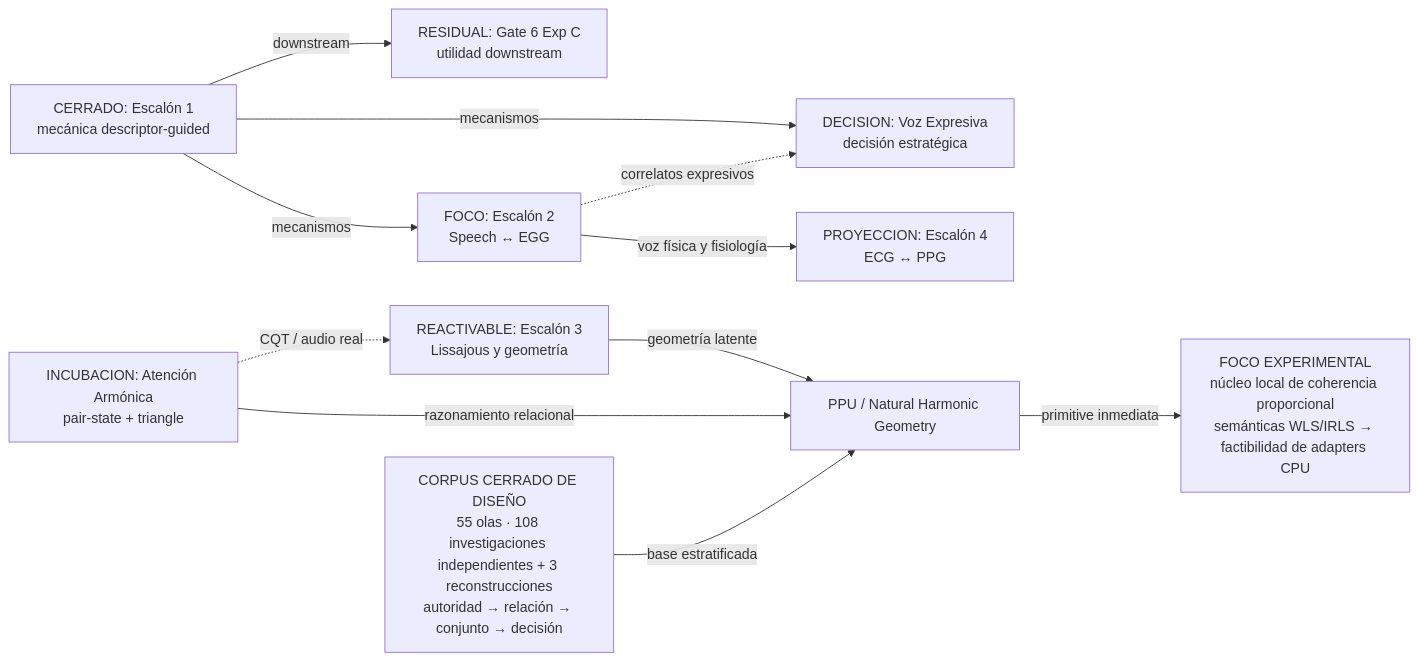
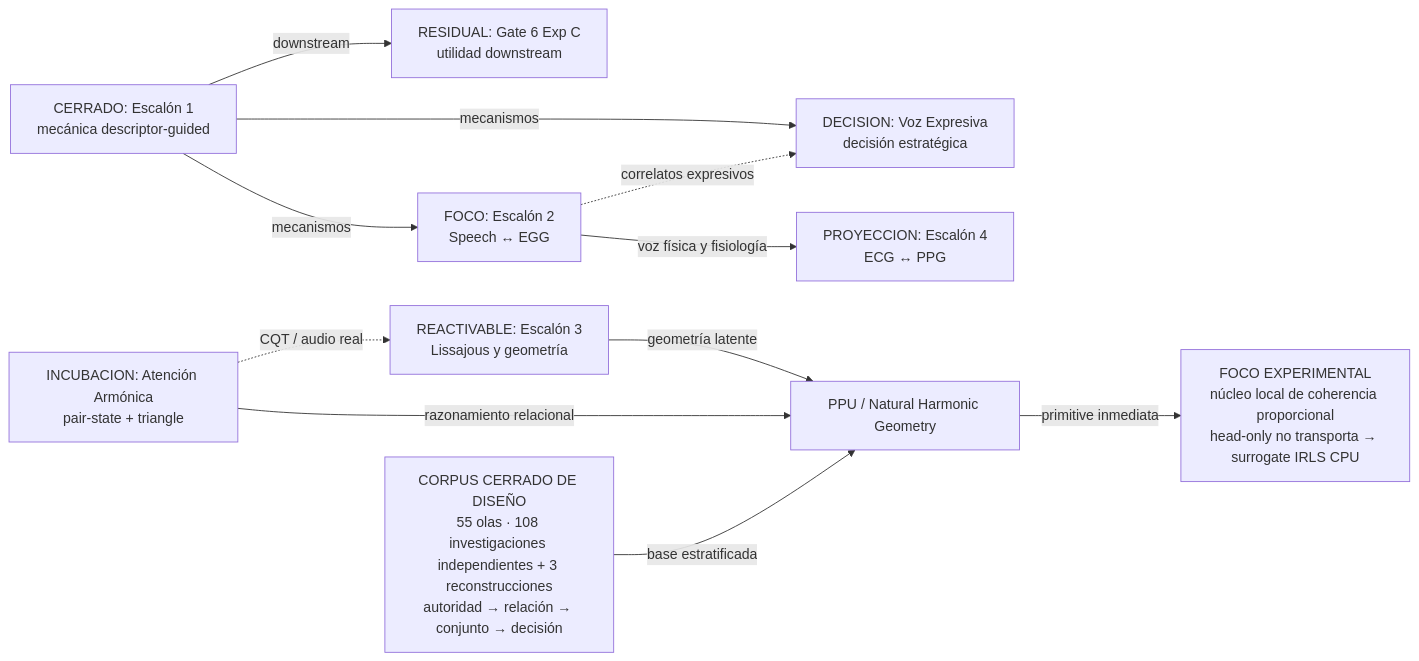
Before and after one commit to Mar-IA-no/Phideus: the first of 2 diagrams in Documents/05_WIKI/MAPA_VISUAL_DEL_PROGRAMA.md, drawn with Mermaid. The commit also changed other lines of this file and 9 other files, not shown here.

````diff
--- a/Documents/05_WIKI/MAPA_VISUAL_DEL_PROGRAMA.md
+++ b/Documents/05_WIKI/MAPA_VISUAL_DEL_PROGRAMA.md
@@ -40,24 +40,24 @@
 ```mermaid
 flowchart LR
     E1["CERRADO: Escalón 1<br/>mecánica descriptor-guided"]
     G6["RESIDUAL: Gate 6 Exp C<br/>utilidad downstream"]
     E2["FOCO: Escalón 2<br/>Speech ↔ EGG"]
     VE["DECISION: Voz Expresiva<br/>decisión estratégica"]
     E3["REACTIVABLE: Escalón 3<br/>Lissajous y geometría"]
     AA["INCUBACION: Atención Armónica<br/>pair-state + triangle"]
     E4["PROYECCION: Escalón 4<br/>ECG ↔ PPG"]
     PPU["PPU / Natural Harmonic Geometry"]
     GT["CORPUS CERRADO DE DISEÑO<br/>55 olas · 108 investigaciones independientes + 3 reconstrucciones<br/>autoridad → relación → conjunto → decisión"]
-    NCP["FOCO EXPERIMENTAL<br/>núcleo local de coherencia proporcional<br/>semánticas WLS/IRLS → factibilidad de adapters CPU"]
+    NCP["FOCO EXPERIMENTAL<br/>núcleo local de coherencia proporcional<br/>head-only no transporta → surrogate IRLS CPU"]
 
     E1 -->|mecanismos| E2
     E1 -->|mecanismos| VE
     E1 -->|downstream| G6
     E2 -->|voz física y fisiología| E4
     E2 -.->|correlatos expresivos| VE
     E3 -->|geometría latente| PPU
     AA -->|razonamiento relacional| PPU
     GT -->|base estratificada| PPU
     PPU -->|primitive inmediata| NCP
     AA -.->|CQT / audio real| E3
 ```
````
